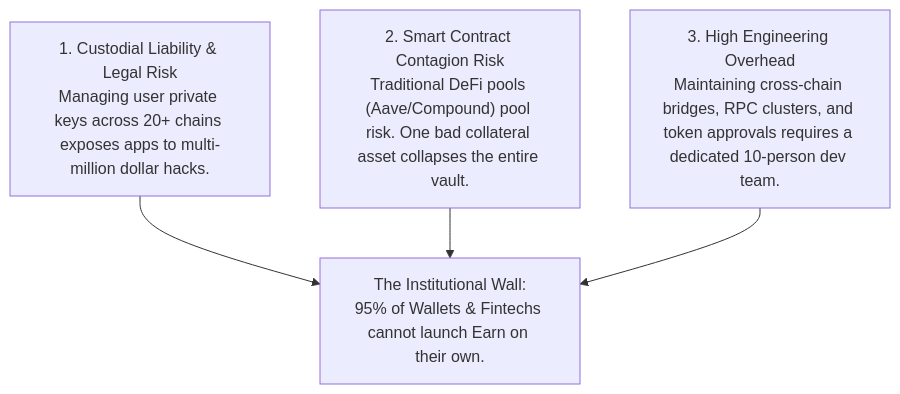
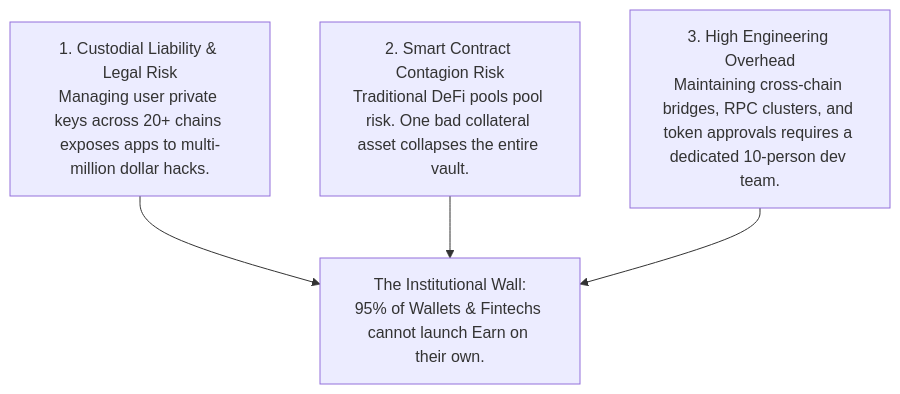
The second of 4 diagrams in docs/INSTITUTIONAL_PITCH_DECK.md (GOSUN-CAPITAL/omniyield-protocol), drawn with Mermaid before and after one commit. The commit also changed other lines of this file and 8 other files, not shown here.

````diff
--- a/docs/INSTITUTIONAL_PITCH_DECK.md
+++ b/docs/INSTITUTIONAL_PITCH_DECK.md
@@ -38,10 +72,10 @@
 ```mermaid
 flowchart TD
     P1["1. Custodial Liability & Legal Risk<br/>Managing user private keys across 20+ chains exposes apps to multi-million dollar hacks."]
-    P2["2. Smart Contract Contagion Risk<br/>Traditional DeFi pools (Aave/Compound) pool risk. One bad collateral asset collapses the entire vault."]
+    P2["2. Smart Contract Contagion Risk<br/>Traditional DeFi pools pool risk. One bad collateral asset collapses the entire vault."]
     P3["3. High Engineering Overhead<br/>Maintaining cross-chain bridges, RPC clusters, and token approvals requires a dedicated 10-person dev team."]
     
     P1 --> Barrier["The Institutional Wall:<br/>95% of Wallets & Fintechs cannot launch Earn on their own."]
     P2 --> Barrier
     P3 --> Barrier
 ```
````
